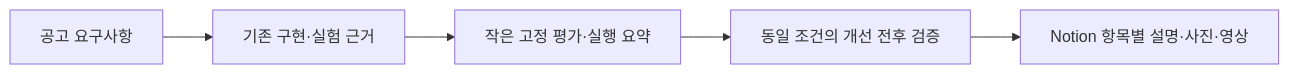
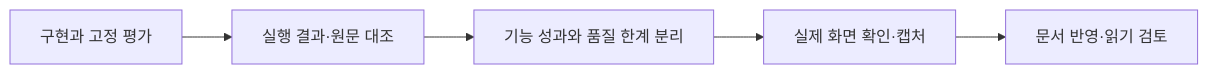
The diagram in docs/portfolio/completion-plan.md (yuchanahn/travel-agent), drawn with Mermaid before and after one commit. The commit also changed other lines of this file and 7 other files, not shown here.

````diff
--- a/docs/portfolio/completion-plan.md
+++ b/docs/portfolio/completion-plan.md
@@ -32,7 +31,7 @@
 ```mermaid
 flowchart LR
- A["공고 요구사항"] --> B["기존 구현·실험 근거"]
- B --> C["작은 고정 평가·실행 요약"]
- C --> D["동일 조건의 개선 전후 검증"]
- D --> E["Notion 항목별 설명·사진·영상"]
+ A["구현과 고정 평가"] --> B["실행 결과·원문 대조"]
+ B --> C["기능 성과와 품질 한계 분리"]
+ C --> D["실제 화면 확인·캡처"]
+ D --> E["문서 반영·읽기 검토"]
 ```
````
